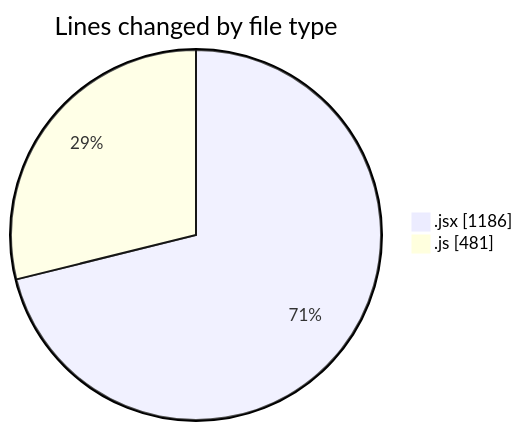
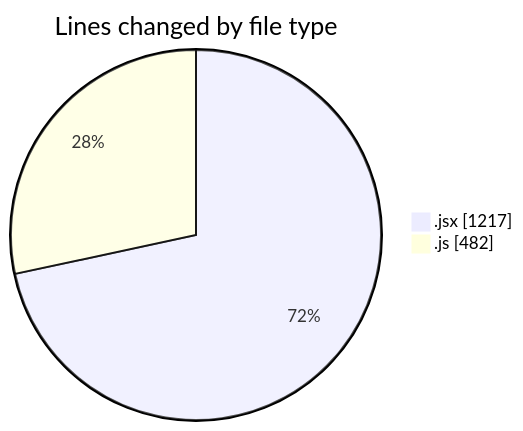
The first of 2 diagrams in 2025-08-18/nxtqube_webapp/README.md (nxtqubesakshisongat/code-tracking), drawn with Mermaid before and after one commit. The commit also changed other lines of this file and 1 other file, not shown here.

````diff
--- a/2025-08-18/nxtqube_webapp/README.md
+++ b/2025-08-18/nxtqube_webapp/README.md
@@ -24,6 +24,6 @@
 ```mermaid
 pie showData
 title Lines changed by file type
-".jsx" : 1186
-".js" : 481
+".jsx" : 1217
+".js" : 482
 ```
````
